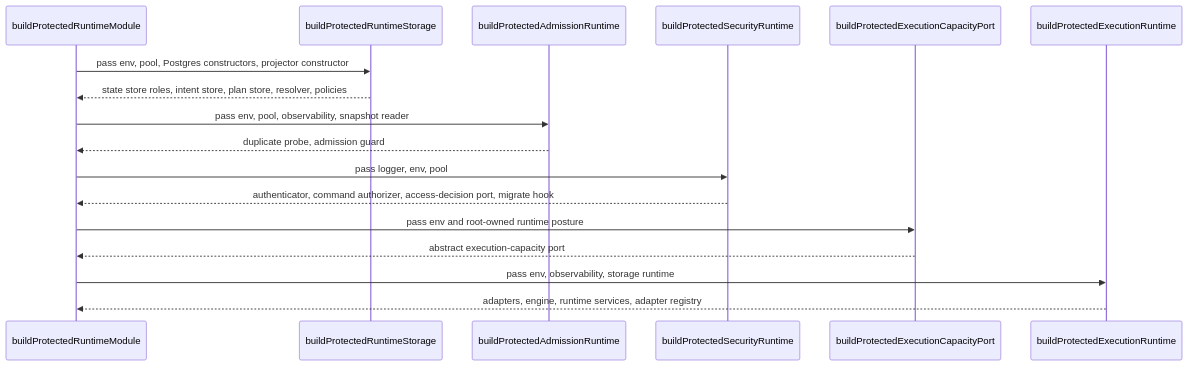
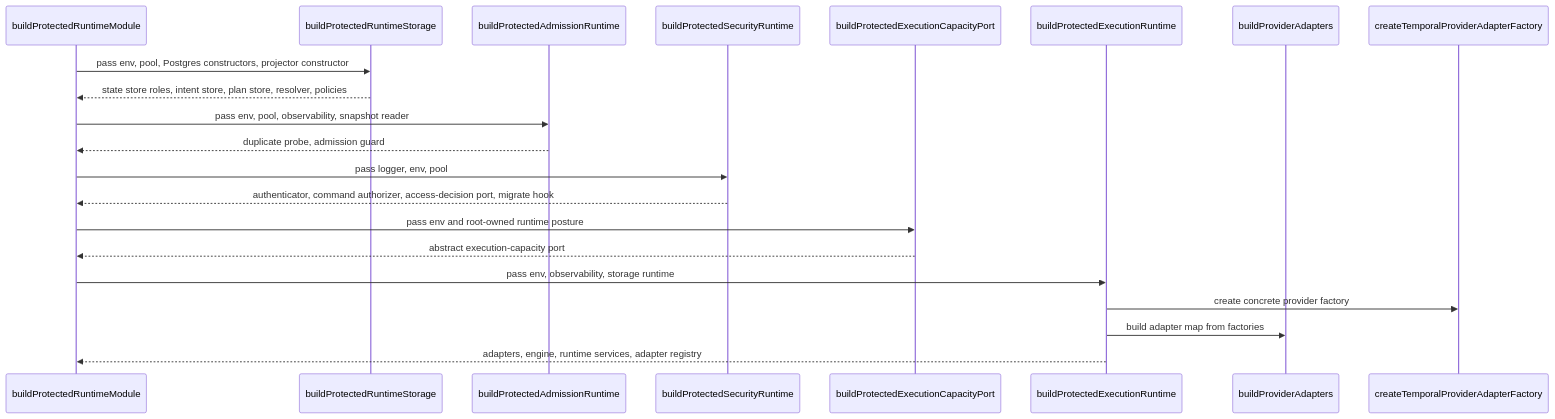
The second of 2 diagrams in apps/api/docs/protected-runtime-dependency-builders-component.md (dunay2/dvt), drawn with Mermaid before and after one commit. The commit also changed other lines of this file and 43 other files, not shown here.

Commit message:
fix(api): Separate Temporal construction behind adapter factory

````diff
--- a/apps/api/docs/protected-runtime-dependency-builders-component.md
+++ b/apps/api/docs/protected-runtime-dependency-builders-component.md
@@ -116,20 +136,24 @@
 ```mermaid
 sequenceDiagram
   participant Root as buildProtectedRuntimeModule
   participant Storage as buildProtectedRuntimeStorage
   participant Admission as buildProtectedAdmissionRuntime
   participant Security as buildProtectedSecurityRuntime
   participant Capacity as buildProtectedExecutionCapacityPort
   participant Execution as buildProtectedExecutionRuntime
+  participant ProviderMap as buildProviderAdapters
+  participant TemporalFactory as createTemporalProviderAdapterFactory
 
   Root->>Storage: pass env, pool, Postgres constructors, projector constructor
   Storage-->>Root: state store roles, intent store, plan store, resolver, policies
   Root->>Admission: pass env, pool, observability, snapshot reader
   Admission-->>Root: duplicate probe, admission guard
   Root->>Security: pass logger, env, pool
   Security-->>Root: authenticator, command authorizer, access-decision port, migrate hook
   Root->>Capacity: pass env and root-owned runtime posture
   Capacity-->>Root: abstract execution-capacity port
   Root->>Execution: pass env, observability, storage runtime
+  Execution->>TemporalFactory: create concrete provider factory
+  Execution->>ProviderMap: build adapter map from factories
   Execution-->>Root: adapters, engine, runtime services, adapter registry
 ```
````
